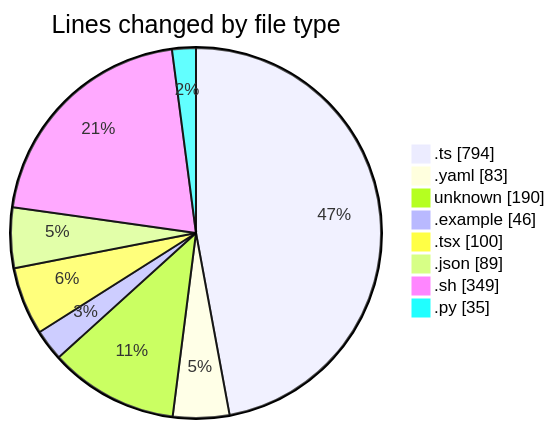
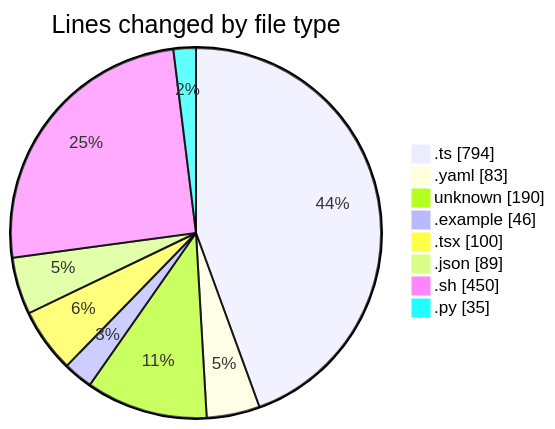
The first of 2 diagrams in 2025-10-01/open-health/README.md (mevix1/code-tracking), drawn with Mermaid before and after one commit. The commit also changed other lines of this file and 1 other file, not shown here.

````diff
--- a/2025-10-01/open-health/README.md
+++ b/2025-10-01/open-health/README.md
@@ -45,12 +45,12 @@
 ```mermaid
 pie showData
 title Lines changed by file type
 ".ts" : 794
 ".yaml" : 83
 "unknown" : 190
 ".example" : 46
 ".tsx" : 100
 ".json" : 89
-".sh" : 349
+".sh" : 450
 ".py" : 35
 ```
````
